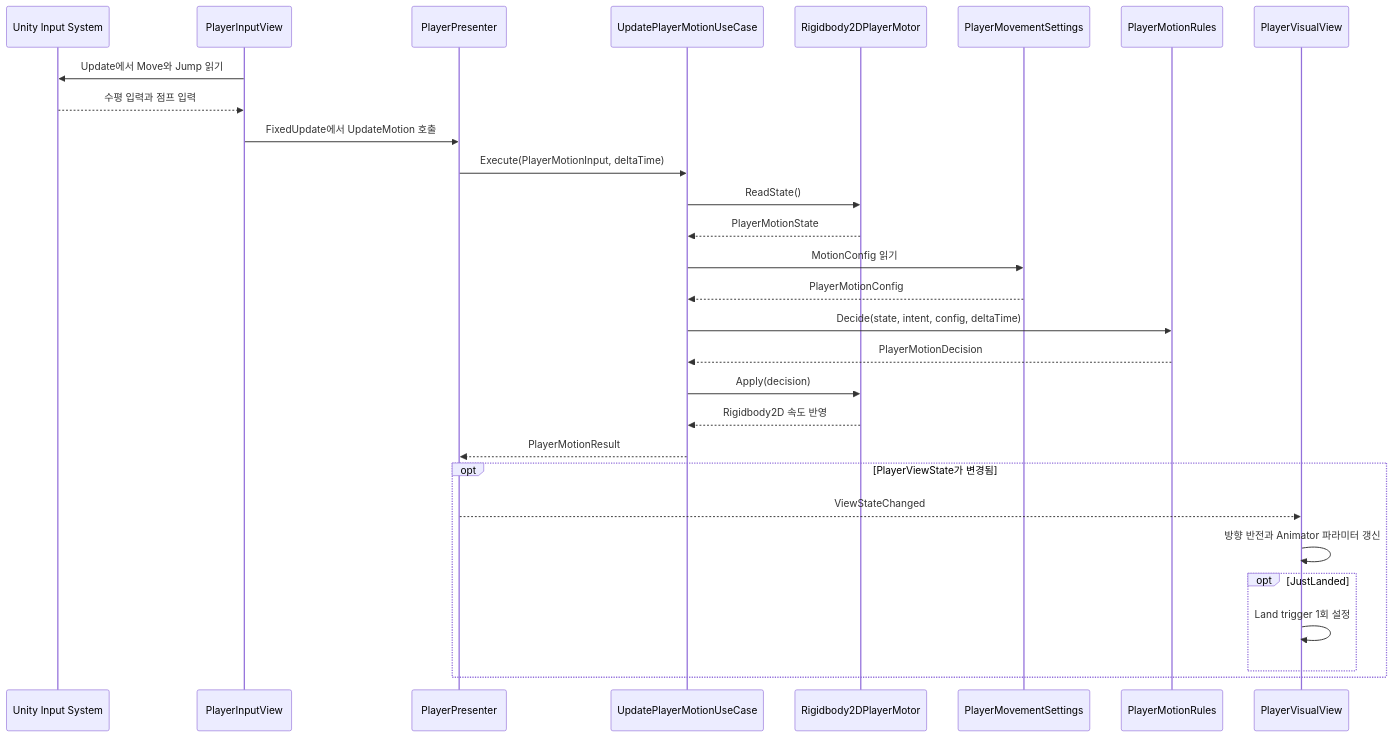
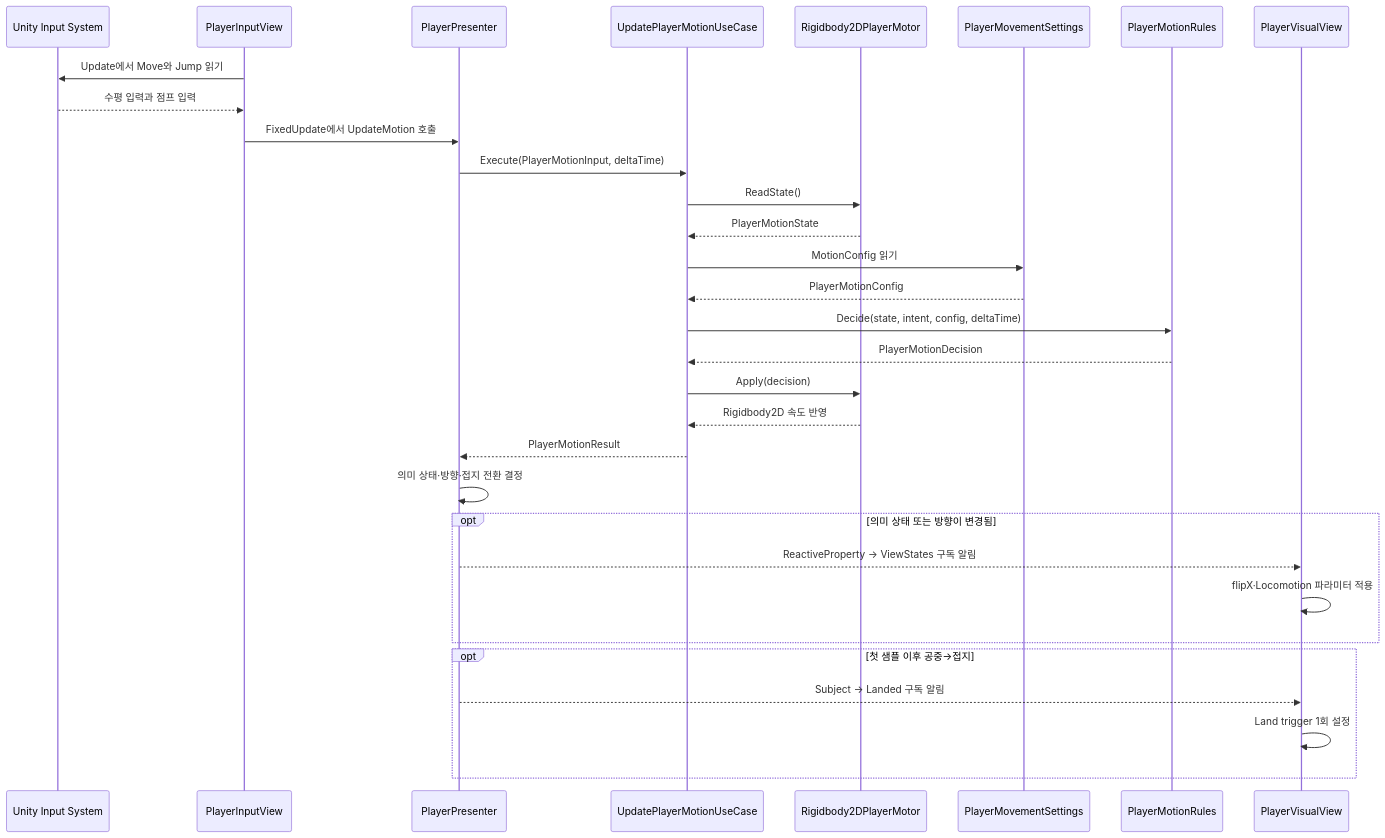
The third of 4 diagrams in Docs/Architecture.md (murang-kr/CleanArchitecture), drawn with Mermaid before and after one commit. The commit also changed other lines of this file and 24 other files, not shown here.

````diff
--- a/Docs/Architecture.md
+++ b/Docs/Architecture.md
@@ -223,32 +228,34 @@
 ```mermaid
 sequenceDiagram
     participant InputSystem as Unity Input System
     participant InputView as PlayerInputView
     participant Presenter as PlayerPresenter
     participant UseCase as UpdatePlayerMotionUseCase
     participant Motor as Rigidbody2DPlayerMotor
     participant Settings as PlayerMovementSettings
     participant Rules as PlayerMotionRules
     participant Visual as PlayerVisualView
 
     InputView->>InputSystem: Update에서 Move와 Jump 읽기
     InputSystem-->>InputView: 수평 입력과 점프 입력
     InputView->>Presenter: FixedUpdate에서 UpdateMotion 호출
     Presenter->>UseCase: Execute(PlayerMotionInput, deltaTime)
     UseCase->>Motor: ReadState()
     Motor-->>UseCase: PlayerMotionState
     UseCase->>Settings: MotionConfig 읽기
     Settings-->>UseCase: PlayerMotionConfig
     UseCase->>Rules: Decide(state, intent, config, deltaTime)
     Rules-->>UseCase: PlayerMotionDecision
     UseCase->>Motor: Apply(decision)
     Motor-->>UseCase: Rigidbody2D 속도 반영
     UseCase-->>Presenter: PlayerMotionResult
-    opt PlayerViewState가 변경됨
-        Presenter-->>Visual: ViewStateChanged
-        Visual->>Visual: 방향 반전과 Animator 파라미터 갱신
-        opt JustLanded
-            Visual->>Visual: Land trigger 1회 설정
-        end
+    Presenter->>Presenter: 의미 상태·방향·접지 전환 결정
+    opt 의미 상태 또는 방향이 변경됨
+        Presenter-->>Visual: ReactiveProperty → ViewStates 구독 알림
+        Visual->>Visual: flipX·Locomotion 파라미터 적용
+    end
+    opt 첫 샘플 이후 공중→접지
+        Presenter-->>Visual: Subject → Landed 구독 알림
+        Visual->>Visual: Land trigger 1회 설정
     end
 ```
````
